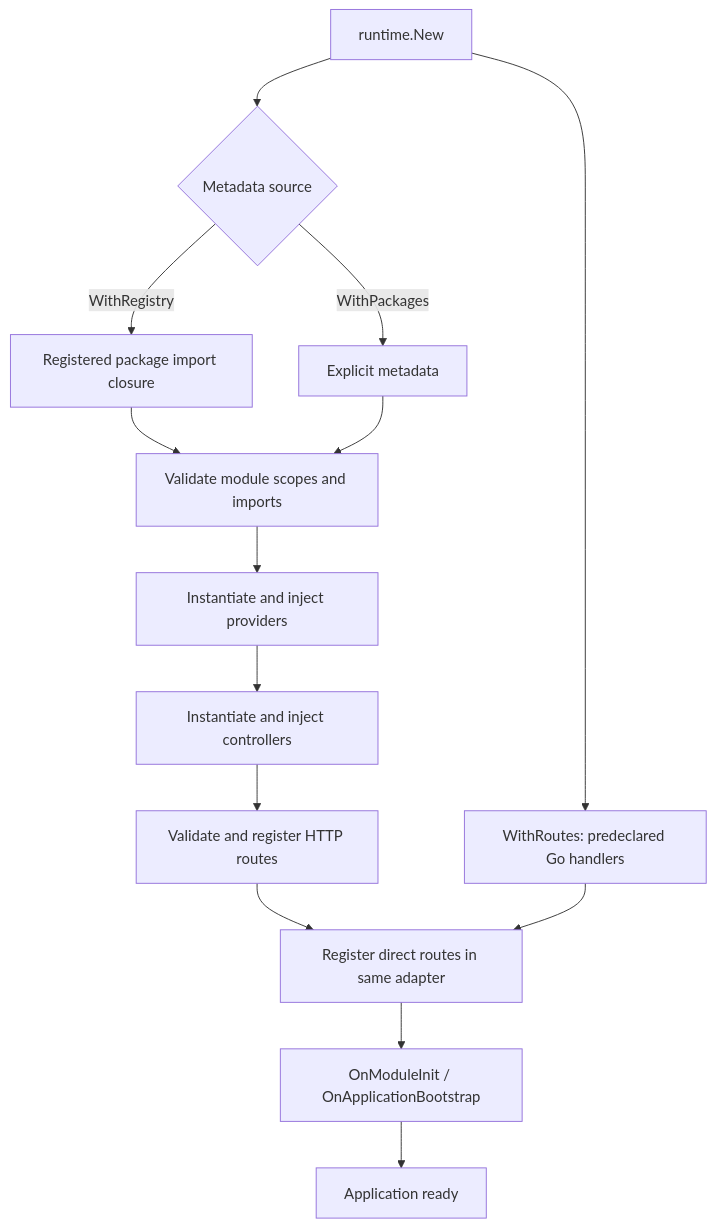
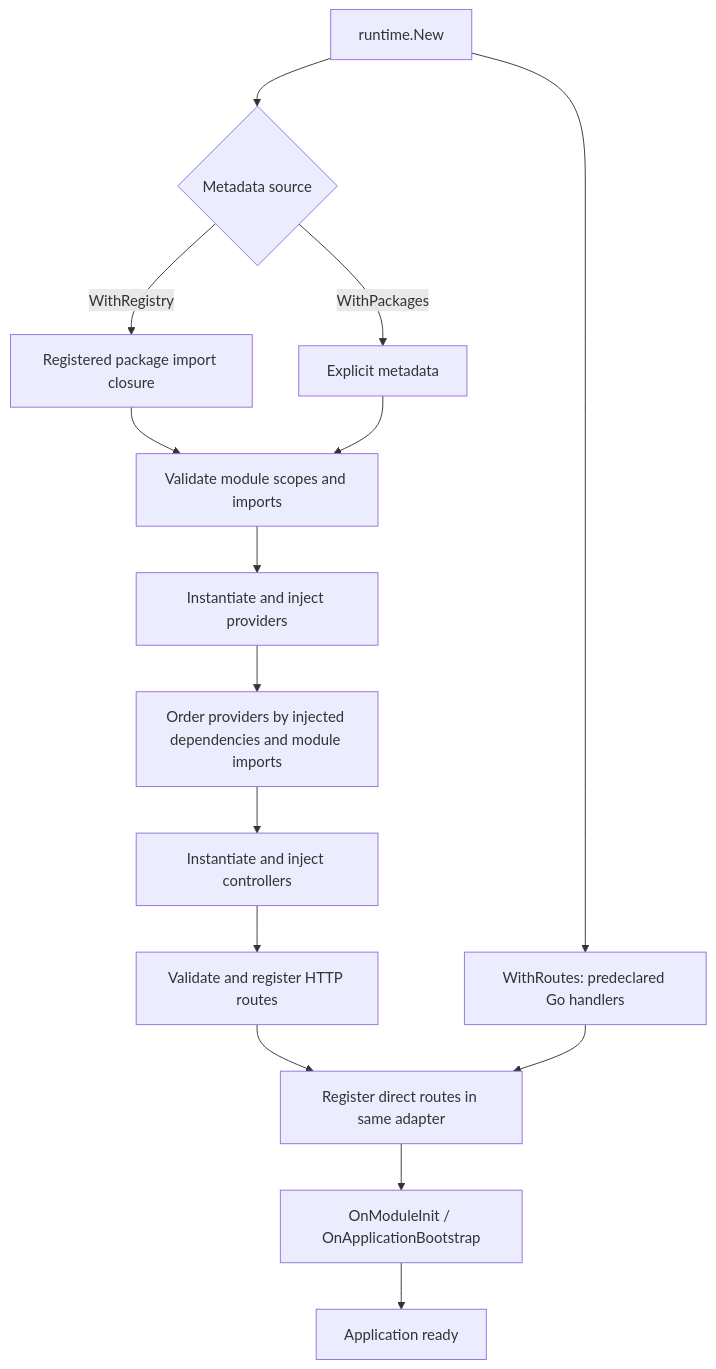
One commit to kevenmiano/nestgo changed the diagram in docs/RUNTIME.md. Above: the diagram before and after it, drawn with Mermaid. The commit also changed other lines of this file and 7 other files, not shown here.

````diff
--- a/docs/RUNTIME.md
+++ b/docs/RUNTIME.md
@@ -51,16 +51,17 @@
 ```mermaid
 flowchart TD
   New["runtime.New"] --> Packages{"Metadata source"}
   Packages -->|"WithRegistry"| Closure["Registered package import closure"]
   Packages -->|"WithPackages"| Direct["Explicit metadata"]
   Closure --> Graph["Validate module scopes and imports"]
   Direct --> Graph
   Graph --> Providers["Instantiate and inject providers"]
-  Providers --> Controllers["Instantiate and inject controllers"]
+  Providers --> Order["Order providers by injected dependencies and module imports"]
+  Order --> Controllers["Instantiate and inject controllers"]
   Controllers --> Routes["Validate and register HTTP routes"]
   New --> Raw["WithRoutes: predeclared Go handlers"]
   Routes --> Registration["Register direct routes in same adapter"]
   Raw --> Registration
   Registration --> Hooks["OnModuleInit / OnApplicationBootstrap"]
   Hooks --> Application["Application ready"]
 ```
````
